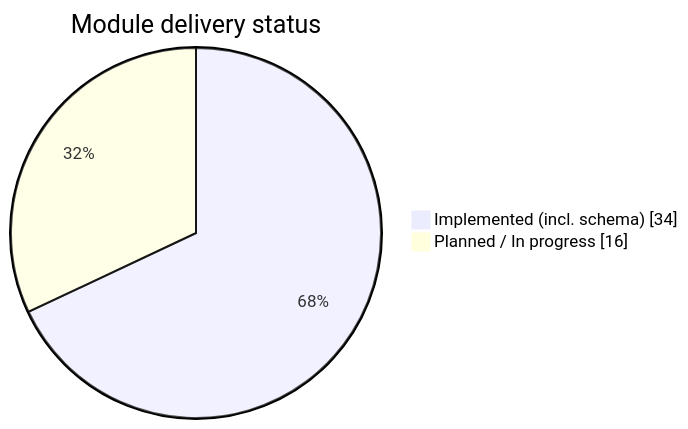
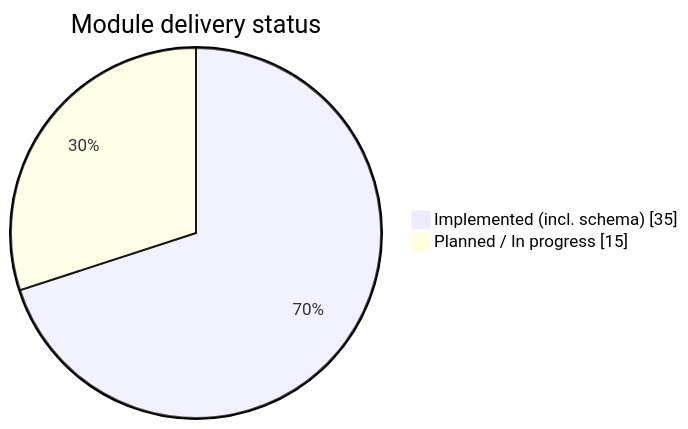
Before and after one commit to RITH-1437/educore: the first of 2 diagrams in docs/6_Module-Status-and-Roadmap.md, drawn with Mermaid. The commit also changed other lines of this file and 50 other files, not shown here.

````diff
--- a/docs/6_Module-Status-and-Roadmap.md
+++ b/docs/6_Module-Status-and-Roadmap.md
@@ -47,6 +47,6 @@
 ```mermaid
 pie showData
   title Module delivery status
-  "Implemented (incl. schema)" : 34
-  "Planned / In progress" : 16
+  "Implemented (incl. schema)" : 35
+  "Planned / In progress" : 15
 ```
````
